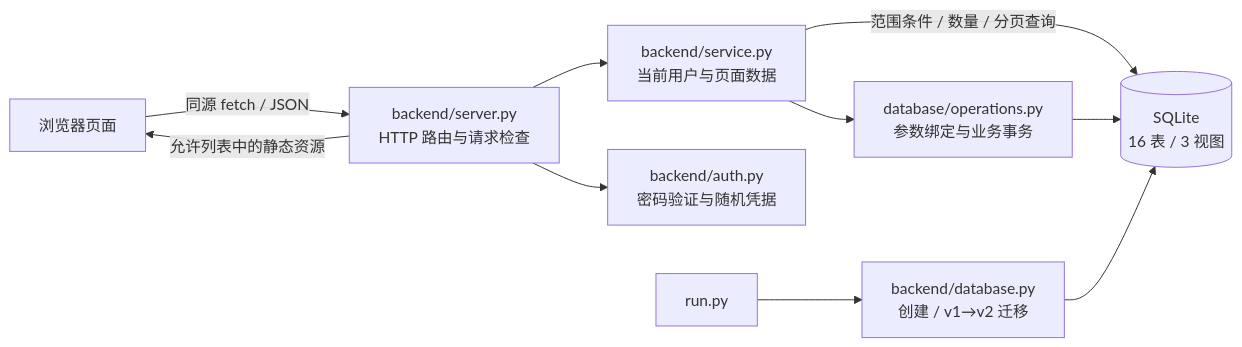
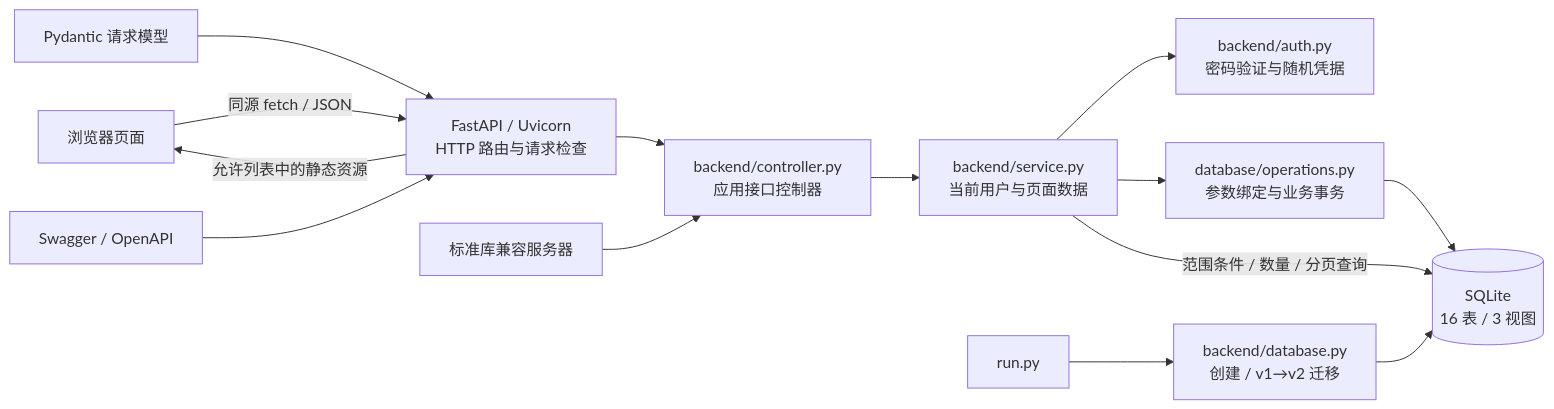
The diagram in docs/ARCHITECTURE.md (fljt-ai/localdeal-5003), drawn with Mermaid before and after one commit. The commit also changed other lines of this file and 5 other files, not shown here.

Commit message:
Synchronize architecture upgrade: docs

````diff
--- a/docs/ARCHITECTURE.md
+++ b/docs/ARCHITECTURE.md
@@ -5,12 +5,16 @@
 ```mermaid
 flowchart LR
-    B[浏览器页面] -->|同源 fetch / JSON| H[backend/server.py\nHTTP 路由与请求检查]
-    H --> S[backend/service.py\n当前用户与页面数据]
-    H --> A[backend/auth.py\n密码验证与随机凭据]
+    B[浏览器页面] -->|同源 fetch / JSON| H[FastAPI / Uvicorn\nHTTP 路由与请求检查]
+    P[Pydantic 请求模型] --> H
+    W[Swagger / OpenAPI] --> H
+    L[标准库兼容服务器] --> C[backend/controller.py\n应用接口控制器]
+    H --> C
+    C --> S[backend/service.py\n当前用户与页面数据]
+    S --> A[backend/auth.py\n密码验证与随机凭据]
     S --> O[database/operations.py\n参数绑定与业务事务]
     S -->|范围条件 / 数量 / 分页查询| D[(SQLite\n16 表 / 3 视图)]
     O --> D
     R[run.py] --> I[backend/database.py\n创建 / v1→v2 迁移]
     I --> D
     H -->|允许列表中的静态资源| B
 ```
````
